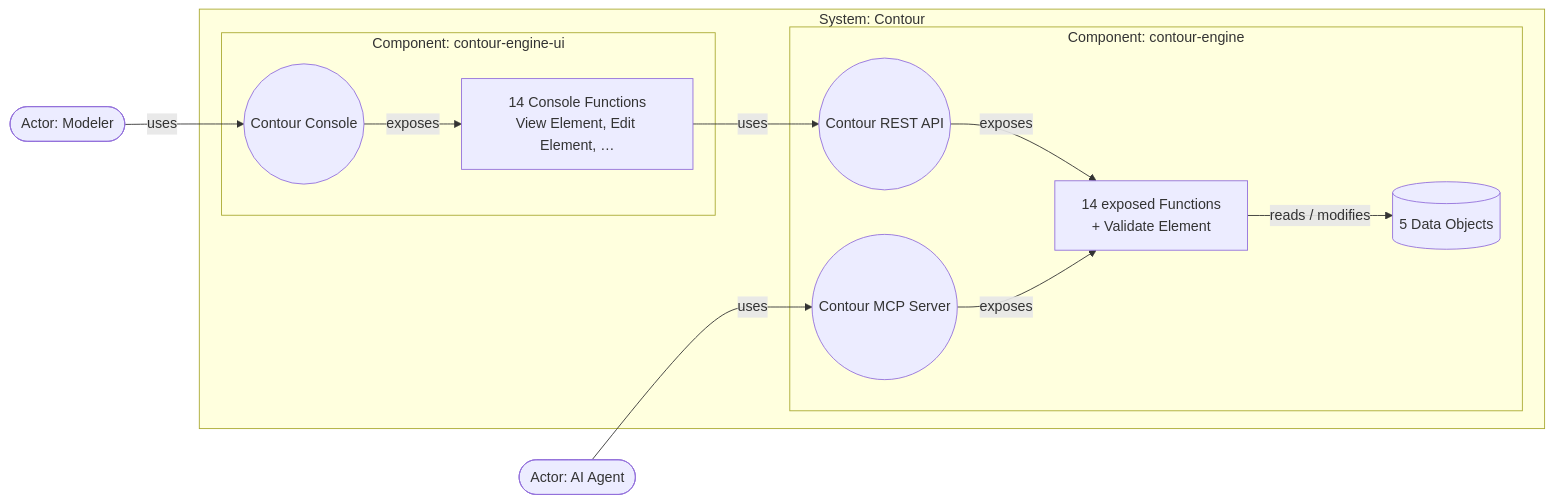
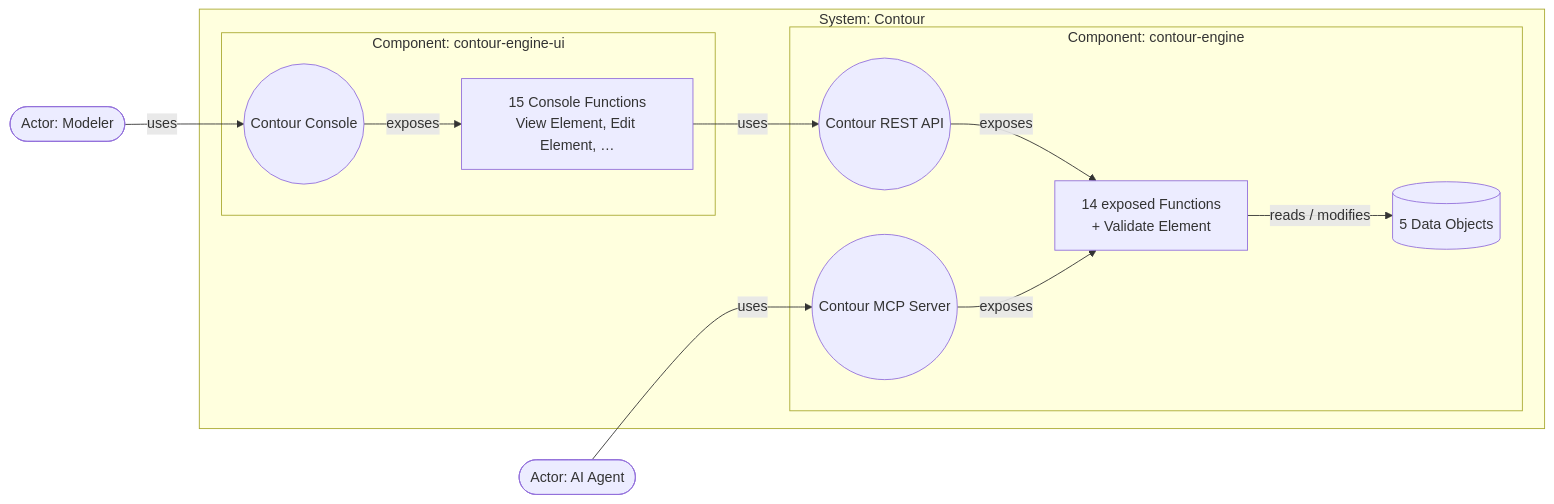
Before and after one commit to mykhailo-kulish/contour: the diagram in contour-v0.5-notes.md, drawn with Mermaid. The commit also changed other lines of this file and 1 other file, not shown here.

````diff
--- a/contour-v0.5-notes.md
+++ b/contour-v0.5-notes.md
@@ -77,24 +77,24 @@
 ```mermaid
 graph LR
     Modeler([Actor: Modeler])
     Agent([Actor: AI Agent])
     subgraph Contour [System: Contour]
         subgraph UI [Component: contour-engine-ui]
             Console(("Contour Console"))
-            UIFns["14 Console Functions<br/>View Element, Edit Element, …"]
+            UIFns["15 Console Functions<br/>View Element, Edit Element, …"]
         end
         subgraph Engine [Component: contour-engine]
             REST(("Contour REST API"))
             MCP(("Contour MCP Server"))
             Fns["14 exposed Functions<br/>+ Validate Element"]
             Data[(5 Data Objects)]
         end
     end
     Modeler -->|uses| Console
     Agent -->|uses| MCP
     Console -->|exposes| UIFns
     UIFns -->|uses| REST
     REST -->|exposes| Fns
     MCP -->|exposes| Fns
     Fns -->|reads / modifies| Data
 ```
````
